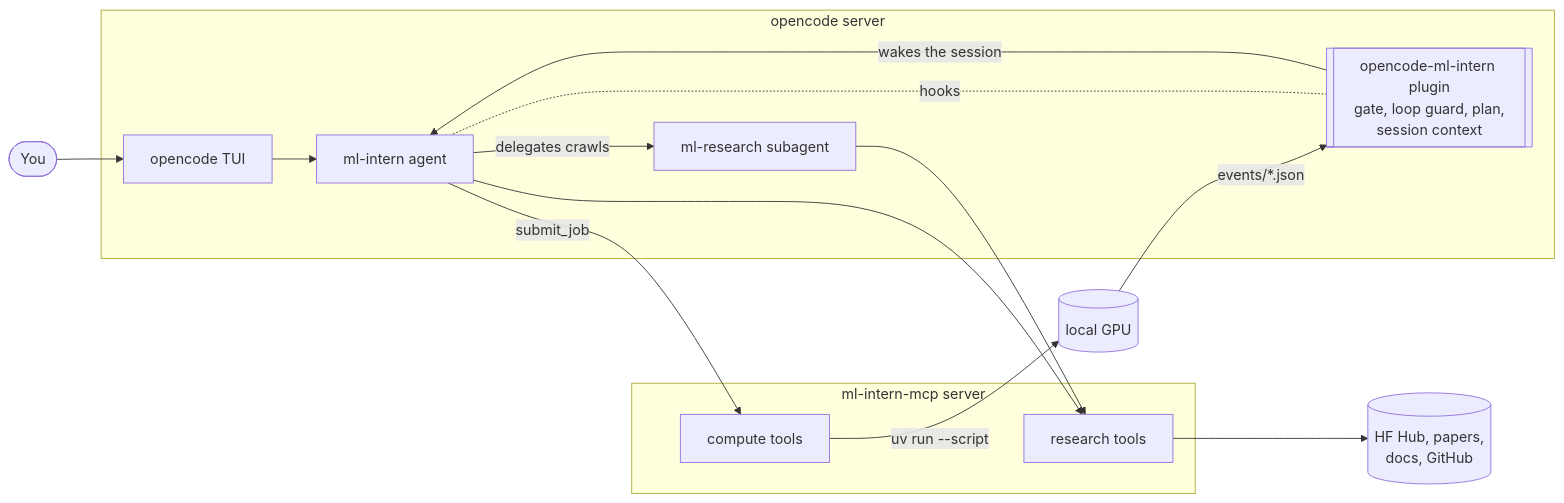
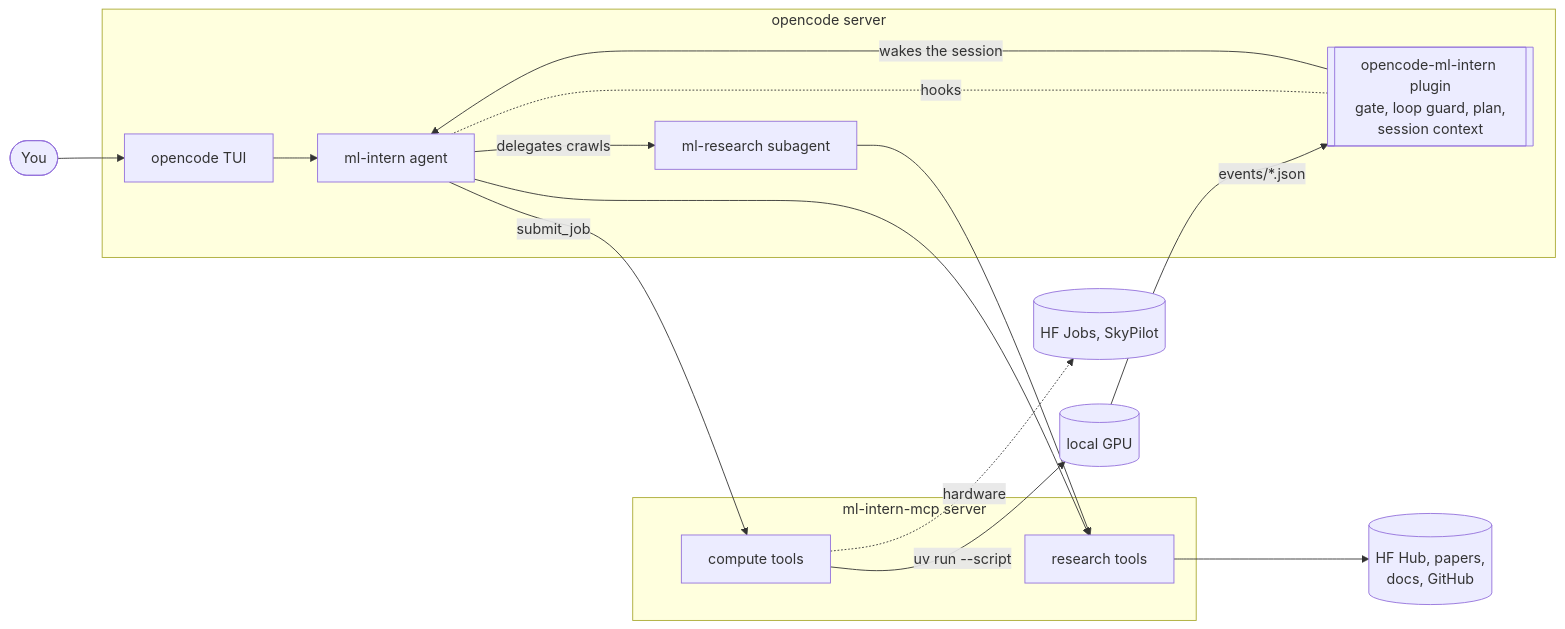
Before and after one commit to davidemodolo/opencode-ml-intern: the first of 2 diagrams in README.md, drawn with Mermaid. The commit also changed other lines of this file and 4 other files, not shown here.

````diff
--- a/README.md
+++ b/README.md
@@ -58,20 +60,21 @@
 ```mermaid
 flowchart LR
     user([You]) --> tui[opencode TUI]
     subgraph opencode[opencode server]
         tui --> agent[ml-intern agent]
         agent -->|delegates crawls| research[ml-research subagent]
         plugin[[opencode-ml-intern plugin<br/>gate, loop guard, plan,<br/>session context]] -. hooks .- agent
     end
     subgraph mcp[ml-intern-mcp server]
         rtools[research tools]
         ctools[compute tools]
     end
     agent --> rtools
     research --> rtools
     agent -->|submit_job| ctools
     rtools --> web[(HF Hub, papers,<br/>docs, GitHub)]
     ctools -->|uv run --script| gpu[(local GPU)]
+    ctools -.->|hardware| remote[(HF Jobs, SkyPilot)]
     gpu -->|events/*.json| plugin
     plugin -->|wakes the session| agent
 ```
````
